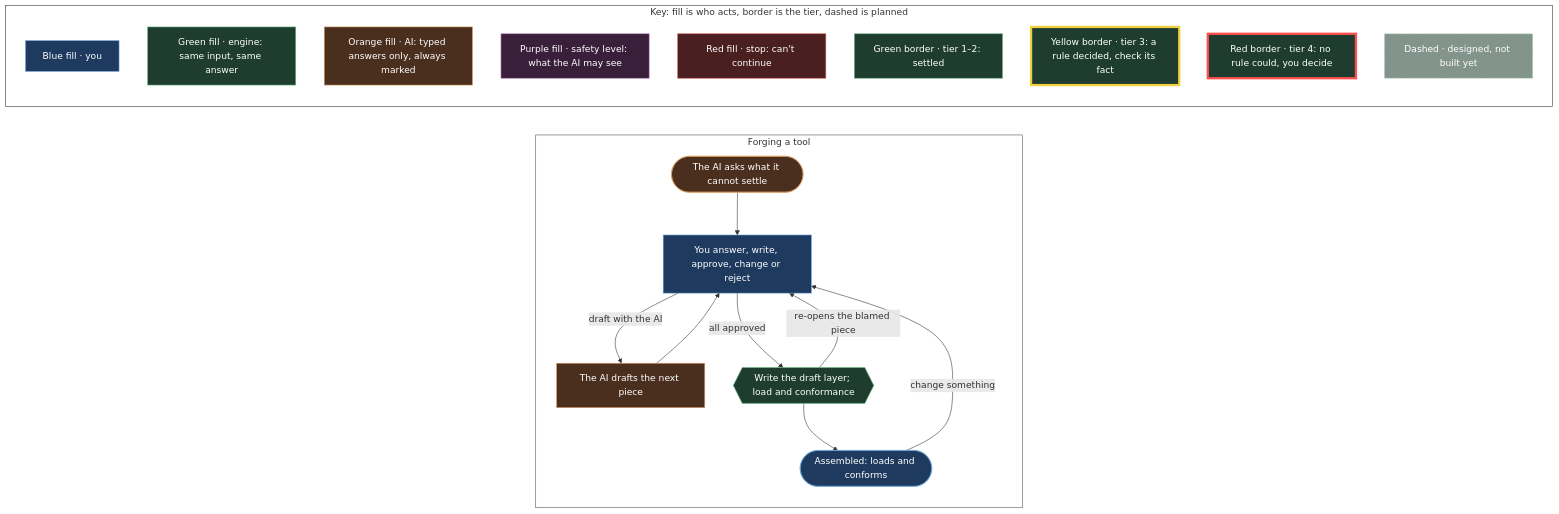
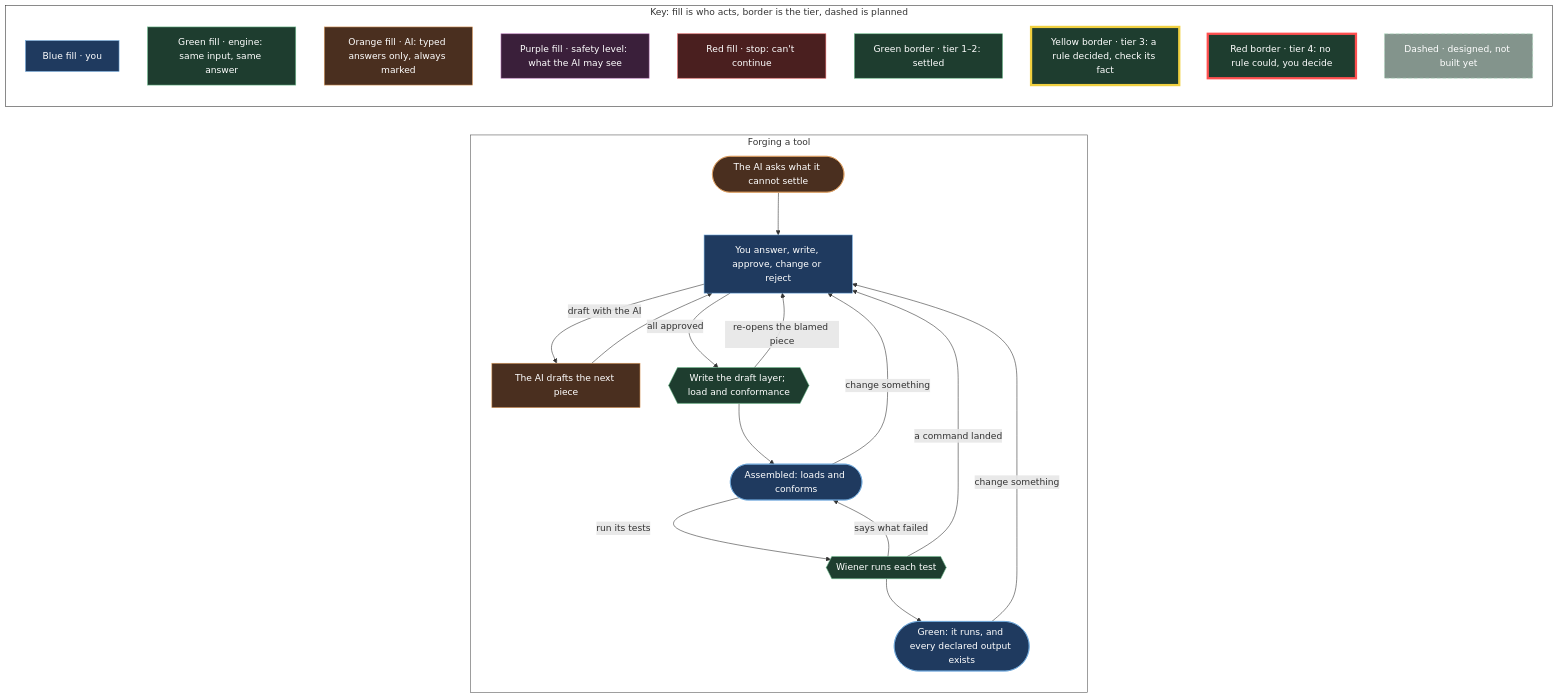
The diagram in docs/explanation/diagrams/forging-protocol.md (comeni-project/Comeni-Labs), drawn with Mermaid before and after one commit. The commit also changed 20 other files, not shown here.

First line of the commit message:
feat(forge): run a tool's tests in Wiener; green counts for the draft it ran on (#365)

````diff
--- a/docs/explanation/diagrams/forging-protocol.md
+++ b/docs/explanation/diagrams/forging-protocol.md
@@ -7,41 +7,48 @@
 ```mermaid
 flowchart LR
     classDef you fill:#1f3a5f,stroke:#6fa8dc,color:#fff
     classDef engine fill:#1e3d2f,stroke:#6fbf8f,color:#fff
     classDef ai fill:#4a2f1f,stroke:#e0a060,color:#fff
     classDef safety fill:#3a1f3a,stroke:#c080c0,color:#fff
     classDef stop fill:#4a1f1f,stroke:#e06060,color:#fff
     subgraph forge ["Forging a tool"]
         direction TB
         ask(["The AI asks what it cannot settle"]):::ai
         review["You answer, write, approve, change or reject"]:::you
         draft["The AI drafts the next piece"]:::ai
         assemble{{"Write the draft layer; load and conformance"}}:::engine
         assembled(["Assembled: loads and conforms"]):::you
+        testing{{"Wiener runs each test"}}:::engine
+        tested(["Green: it runs, and every declared output exists"]):::you
     end
     style forge fill:transparent,stroke:#555
     ask --> review
     review -- "draft with the AI" --> draft
     draft --> review
     review -- "all approved" --> assemble
     assemble --> assembled
     assemble -- "re-opens the blamed piece" --> review
     assembled -- "change something" --> review
+    assembled -- "run its tests" --> testing
+    testing --> tested
+    testing -- "says what failed" --> assembled
+    testing -- "a command landed" --> review
+    tested -- "change something" --> review
     subgraph KEY ["Key: fill is who acts, border is the tier, dashed is planned"]
         direction TB
         key_you["Blue fill · you"]:::you
         key_engine["Green fill · engine: same input, same answer"]:::engine
         key_ai["Orange fill · AI: typed answers only, always marked"]:::ai
         key_safety["Purple fill · safety level: what the AI may see"]:::safety
         key_stop["Red fill · stop: can't continue"]:::stop
         key_tier12["Green border · tier 1–2: settled"]:::engine
         key_tier3["Yellow border · tier 3: a rule decided, check its fact"]:::engine
         key_tier4["Red border · tier 4: no rule could, you decide"]:::engine
         key_planned["Dashed · designed, not built yet"]:::engine
     end
     style key_tier12 stroke:#6fbf8f
     style key_tier3 stroke:#f0d040,stroke-width:4px
     style key_tier4 stroke:#ff5050,stroke-width:4px
     style key_planned stroke-dasharray:6 4,opacity:0.55
     style KEY fill:transparent,stroke:#333
 ```
````
